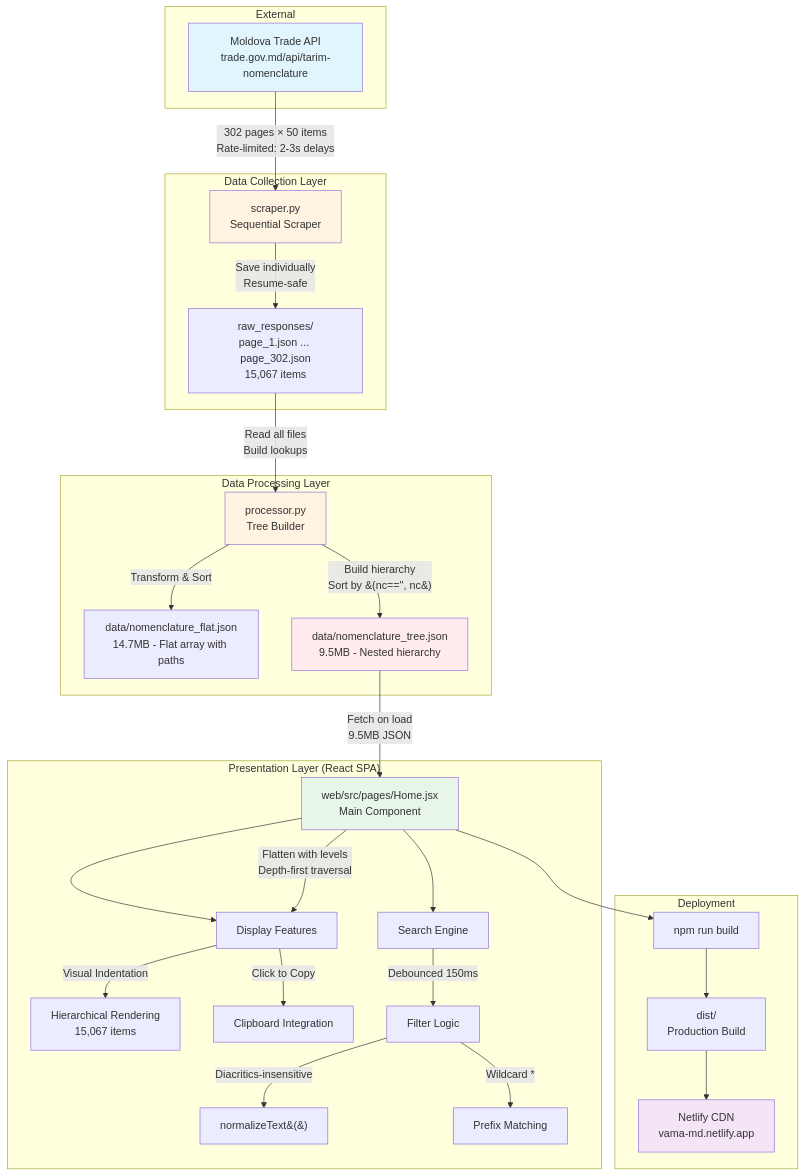
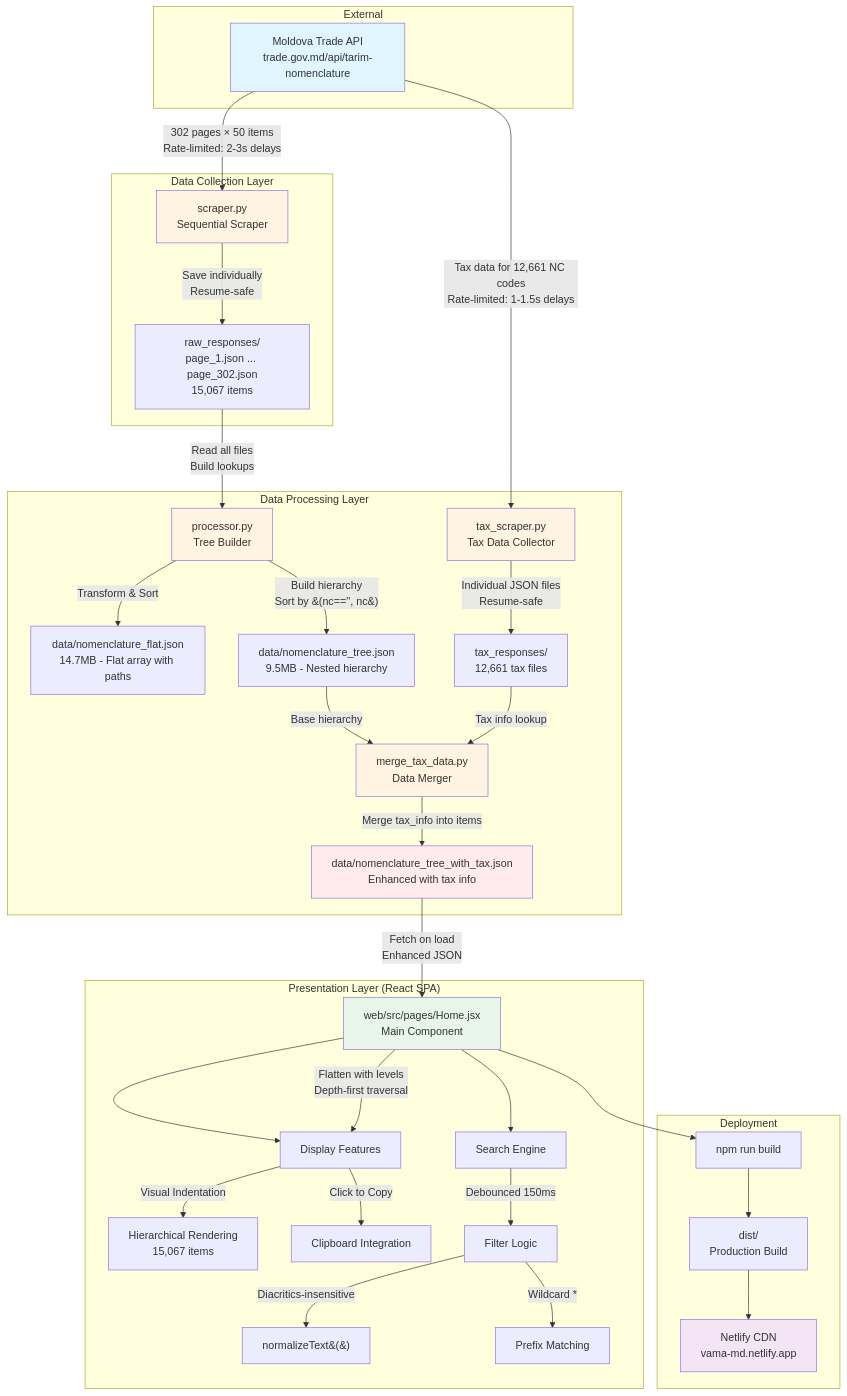
Before and after one commit to egor-n/moldova-customs-tariff-browser: the diagram in README.md, drawn with Mermaid. The commit also changed other lines of this file and 1 other file, not shown here.

````diff
--- a/README.md
+++ b/README.md
@@ -15,58 +16,69 @@
 ```mermaid
 graph TB
     subgraph External
         API[Moldova Trade API<br/>trade.gov.md/api/tarim-nomenclature]
     end
 
     subgraph "Data Collection Layer"
         Scraper[scraper.py<br/>Sequential Scraper]
         Raw[raw_responses/<br/>page_1.json ... page_302.json<br/>15,067 items]
     end
 
     subgraph "Data Processing Layer"
         Processor[processor.py<br/>Tree Builder]
         Flat[data/nomenclature_flat.json<br/>14.7MB - Flat array with paths]
         Tree[data/nomenclature_tree.json<br/>9.5MB - Nested hierarchy]
+        TaxScraper[tax_scraper.py<br/>Tax Data Collector]
+        TaxData[tax_responses/<br/>12,661 tax files]
+        Merger[merge_tax_data.py<br/>Data Merger]
+        TreeWithTax[data/nomenclature_tree_with_tax.json<br/>Enhanced with tax info]
     end
 
     subgraph "Presentation Layer (React SPA)"
         WebApp[web/src/pages/Home.jsx<br/>Main Component]
         Display[Display Features]
         Search[Search Engine]
 
         WebApp --> Display
         WebApp --> Search
 
         Display --> |Visual Indentation|Render[Hierarchical Rendering<br/>15,067 items]
         Display --> |Click to Copy|Clipboard[Clipboard Integration]
 
         Search --> |Debounced 150ms|Filter[Filter Logic]
         Filter --> |Diacritics-insensitive|Normalize[normalizeText&#40;&#41;]
         Filter --> |Wildcard *|Prefix[Prefix Matching]
     end
 
     subgraph "Deployment"
         Build[npm run build]
         Dist[dist/<br/>Production Build]
         Netlify[Netlify CDN<br/>vama-md.netlify.app]
     end
 
     API -->|302 pages × 50 items<br/>Rate-limited: 2-3s delays| Scraper
     Scraper -->|Save individually<br/>Resume-safe| Raw
     Raw -->|Read all files<br/>Build lookups| Processor
     Processor -->|Transform & Sort| Flat
     Processor -->|Build hierarchy<br/>Sort by &#40;nc=='', nc&#41;| Tree
-    Tree -->|Fetch on load<br/>9.5MB JSON| WebApp
+    API -->|Tax data for 12,661 NC codes<br/>Rate-limited: 1-1.5s delays| TaxScraper
+    TaxScraper -->|Individual JSON files<br/>Resume-safe| TaxData
+    Tree -->|Base hierarchy| Merger
+    TaxData -->|Tax info lookup| Merger
+    Merger -->|Merge tax_info into items| TreeWithTax
+    TreeWithTax -->|Fetch on load<br/>Enhanced JSON| WebApp
     WebApp -->|Flatten with levels<br/>Depth-first traversal| Display
 
     WebApp --> Build
     Build --> Dist
     Dist --> Netlify
 
     style API fill:#e1f5ff
     style Scraper fill:#fff4e1
     style Processor fill:#fff4e1
+    style TaxScraper fill:#fff4e1
+    style Merger fill:#fff4e1
     style WebApp fill:#e8f5e9
     style Netlify fill:#f3e5f5
-    style Tree fill:#ffebee
+    style TreeWithTax fill:#ffebee
 ```
````
